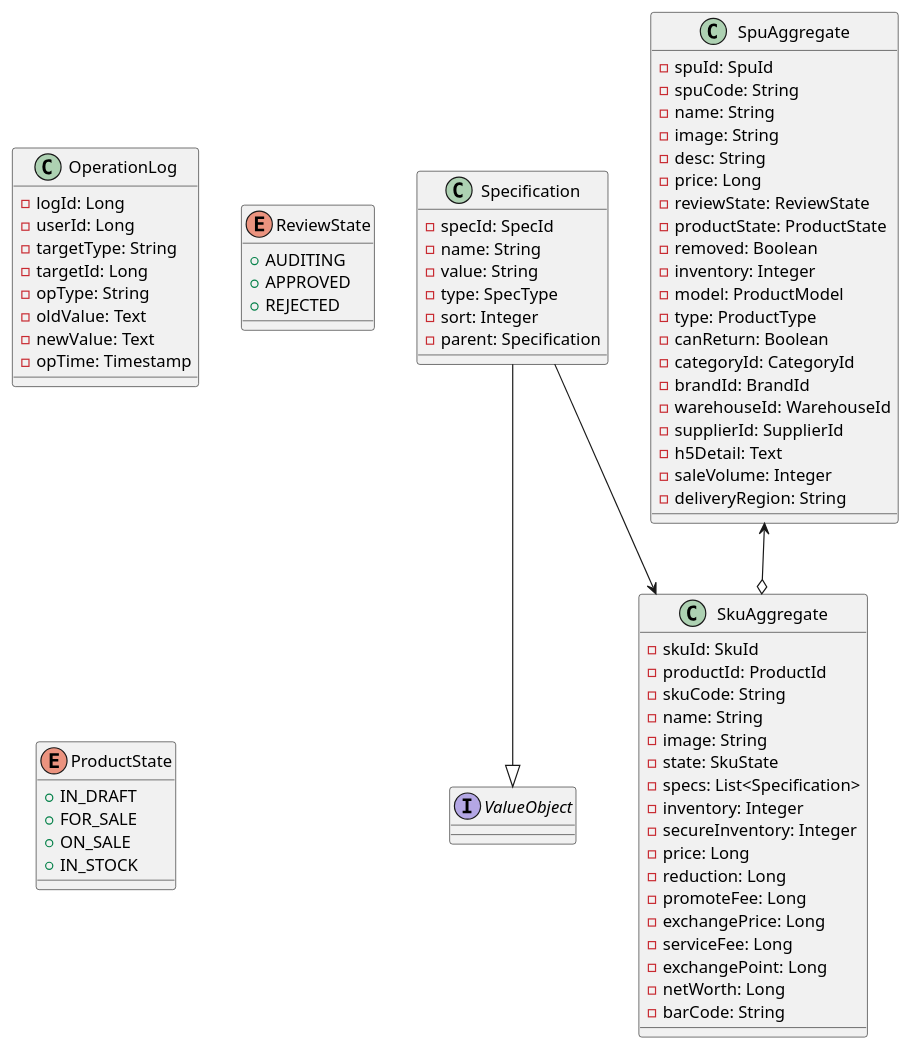
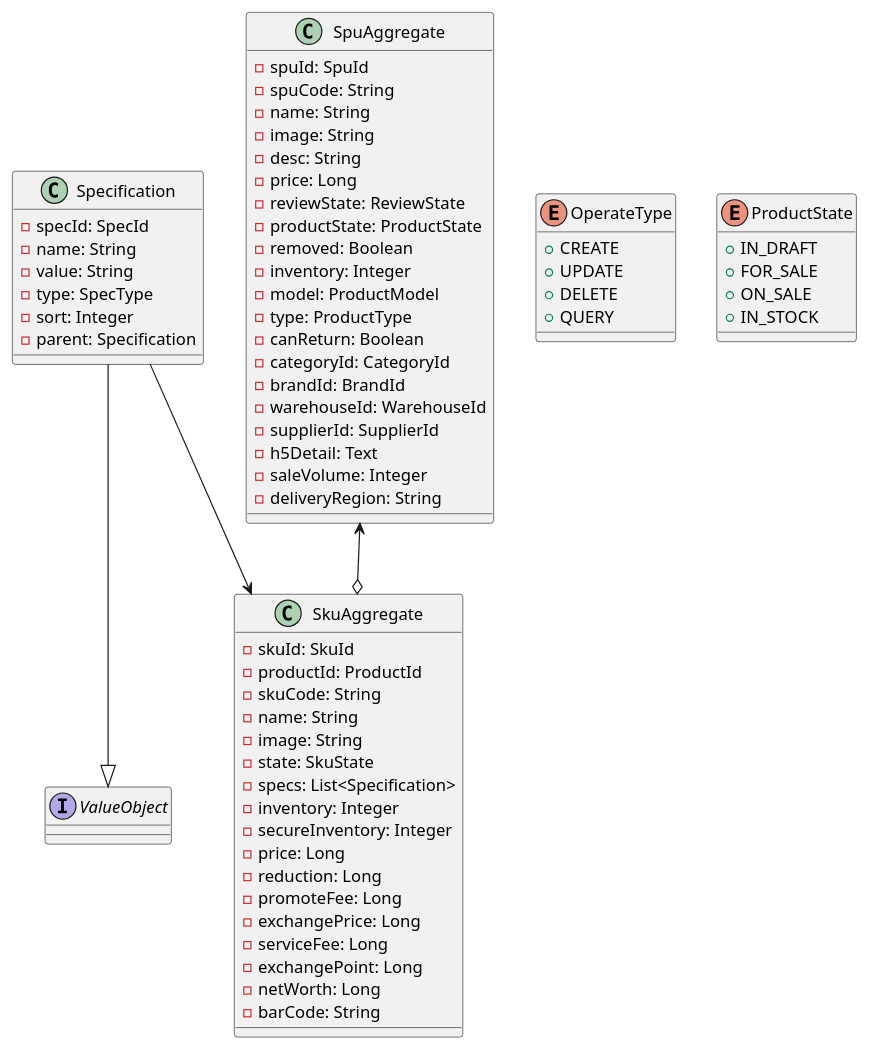
Before and after one commit to xgyb12458/dm-platform: the diagram in documents/dm-product/product_cls_core.puml, drawn with PlantUML. The commit also changed 18 other files, not shown here.

```diff
--- a/documents/dm-product/product_cls_core.puml
+++ b/documents/dm-product/product_cls_core.puml
@@ -1,85 +1,75 @@
 @startuml
 
 interface ValueObject {
 }
 class SpuAggregate {
     - spuId: SpuId
     - spuCode: String
     - name: String
     - image: String
     - desc: String
     - price: Long
     - reviewState: ReviewState
     - productState: ProductState
     - removed: Boolean
     - inventory: Integer
     - model: ProductModel
     - type: ProductType
     - canReturn: Boolean
     - categoryId: CategoryId
     - brandId: BrandId
     - warehouseId: WarehouseId
     - supplierId: SupplierId
     - h5Detail: Text
     - saleVolume: Integer
     - deliveryRegion: String
 '    - length: Long
 '    - width: Long
 '    - height: Long
 '    - weight: Long
 '    - boxNum: Integer
 }
 class SkuAggregate {
     - skuId: SkuId
     - productId: ProductId
     - skuCode: String
     - name: String
     - image: String
     - state: SkuState
     - specs: List<Specification>
     - inventory: Integer
     - secureInventory: Integer
     - price: Long
     - reduction: Long
     - promoteFee: Long
     - exchangePrice: Long
     - serviceFee: Long
     - exchangePoint: Long
     - netWorth: Long
     - barCode: String
 }
 class Specification {
     - specId: SpecId
     - name: String
     - value: String
     - type: SpecType
     - sort: Integer
     - parent: Specification
 }
-' 谁在什么时间对什么进行了什么操作，结果是什么
-class OperationLog {
-    - logId: Long
-    - userId: Long
-    - targetType: String
-    - targetId: Long
-    - opType: String
-    - oldValue: Text
-    - newValue: Text
-    - opTime: Timestamp
-}
-enum ReviewState {
-    + AUDITING
-    + APPROVED
-    + REJECTED
+enum OperateType {
+    + CREATE
+    + UPDATE
+    + DELETE
+    + QUERY
 }
 enum ProductState {
     + IN_DRAFT
     + FOR_SALE
     + ON_SALE
     + IN_STOCK
 }
 SpuAggregate <--o SkuAggregate
 Specification --> SkuAggregate
 Specification --|> ValueObject
 
 @enduml
```
